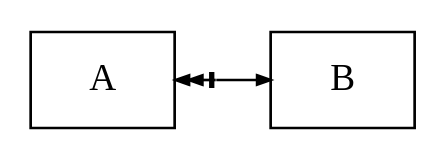
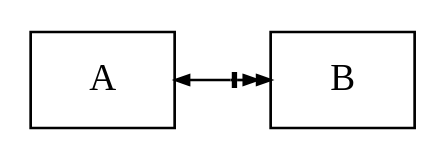
Before and after one commit to alek3y/cs: the third of 14 diagrams in src/ct0006-1/README.md, drawn with Graphviz. The commit also changed other lines of this file and 1 other file, not shown here.

````diff
--- a/src/ct0006-1/README.md
+++ b/src/ct0006-1/README.md
@@ -54,8 +54,8 @@
 	```dot process
 	digraph {
 		rankdir=LR
 		node [shape=record]
 		edge [arrowsize=0.5 dir=both]
-		A -> B [arrowtail=normalnormalnonetee]
+		A -> B [arrowhead=normalnormalnonetee]
 	}
 	```
````
